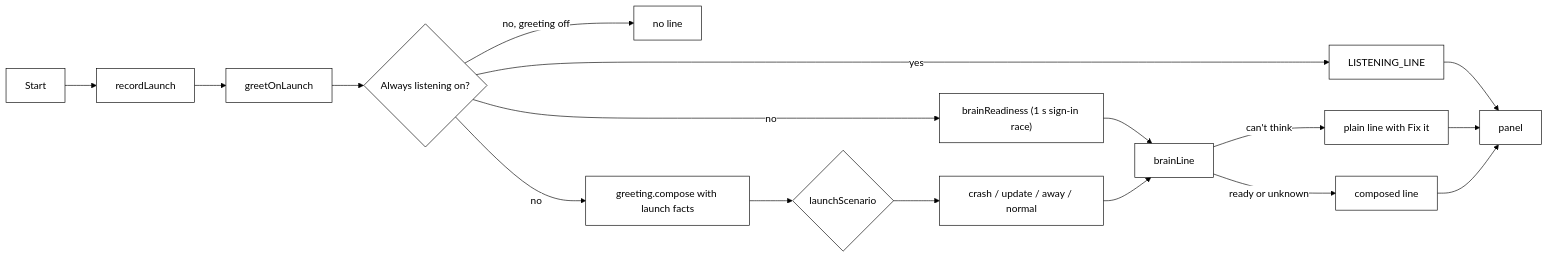
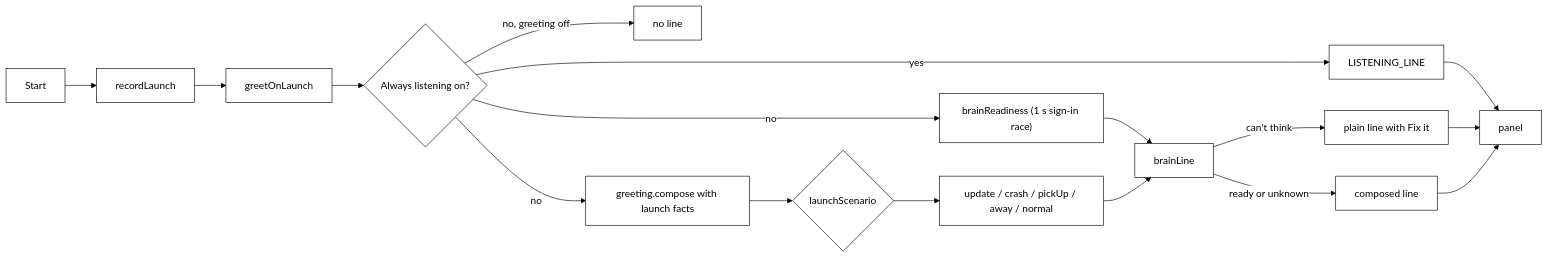
One commit to nadeem4/tagalong changed diagram 12 of 16 in docs/architecture.md. Above: the diagram before and after it, drawn with Mermaid. The commit also changed other lines of this file and 45 other files, not shown here.

````diff
--- a/docs/architecture.md
+++ b/docs/architecture.md
@@ -1609,20 +1612,20 @@
 ```mermaid
 %%{init: {"theme": "base", "themeVariables": {"primaryColor": "#ffffff", "primaryTextColor": "#000000", "primaryBorderColor": "#000000", "lineColor": "#000000", "secondaryColor": "#ffffff", "tertiaryColor": "#ffffff", "background": "#ffffff", "clusterBkg": "#ffffff", "clusterBorder": "#000000"}}}%%
 flowchart LR
   S["Start"] --> R["recordLaunch"]
   R --> G["greetOnLaunch"]
   G --> L{"Always listening on?"}
   L -- "yes" --> LL["LISTENING_LINE"]
   L -- "no, greeting off" --> NL["no line"]
   L -- "no" --> P1["brainReadiness (1 s sign-in race)"]
   L -- "no" --> P2["greeting.compose with launch facts"]
   P2 --> SC{"launchScenario"}
-  SC --> C1["crash / update / away / normal"]
+  SC --> C1["update / crash / pickUp / away / normal"]
   P1 --> BL["brainLine"]
   C1 --> BL
   BL -- "can't think" --> FX["plain line with Fix it"]
   BL -- "ready or unknown" --> CL["composed line"]
   LL --> PN["panel"]
   FX --> PN
   CL --> PN
 ```
````
